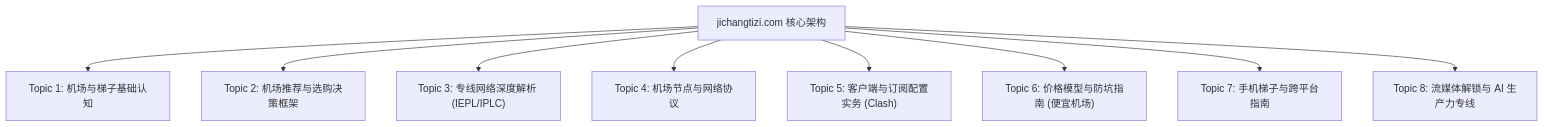
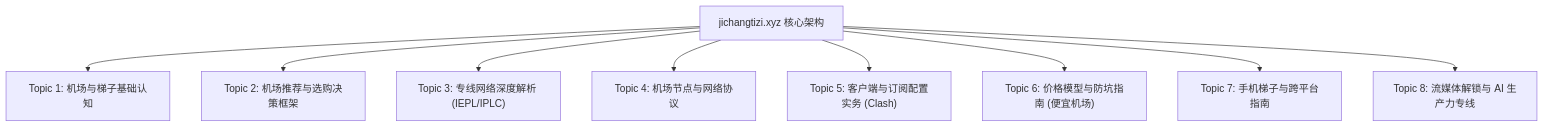
Before and after one commit to jichangtiziTT/jichangtizi-blog1.0: the diagram in SITE_TOPIC_MAP.md, drawn with Mermaid. The commit also changed other lines of this file and 25 other files, not shown here.

Commit message:
fix: pre-launch QA fixes and domain migration to jichangtizi.xyz

````diff
--- a/SITE_TOPIC_MAP.md
+++ b/SITE_TOPIC_MAP.md
@@ -14,11 +14,11 @@
 ```mermaid
 graph TD
-  Root["jichangtizi.com 核心架构"] --> C1["Topic 1: 机场与梯子基础认知"]
+  Root["jichangtizi.xyz 核心架构"] --> C1["Topic 1: 机场与梯子基础认知"]
   Root --> C2["Topic 2: 机场推荐与选购决策框架"]
   Root --> C3["Topic 3: 专线网络深度解析 (IEPL/IPLC)"]
   Root --> C4["Topic 4: 机场节点与网络协议"]
   Root --> C5["Topic 5: 客户端与订阅配置实务 (Clash)"]
   Root --> C6["Topic 6: 价格模型与防坑指南 (便宜机场)"]
   Root --> C7["Topic 7: 手机梯子与跨平台指南"]
   Root --> C8["Topic 8: 流媒体解锁与 AI 生产力专线"]
 ```
````
